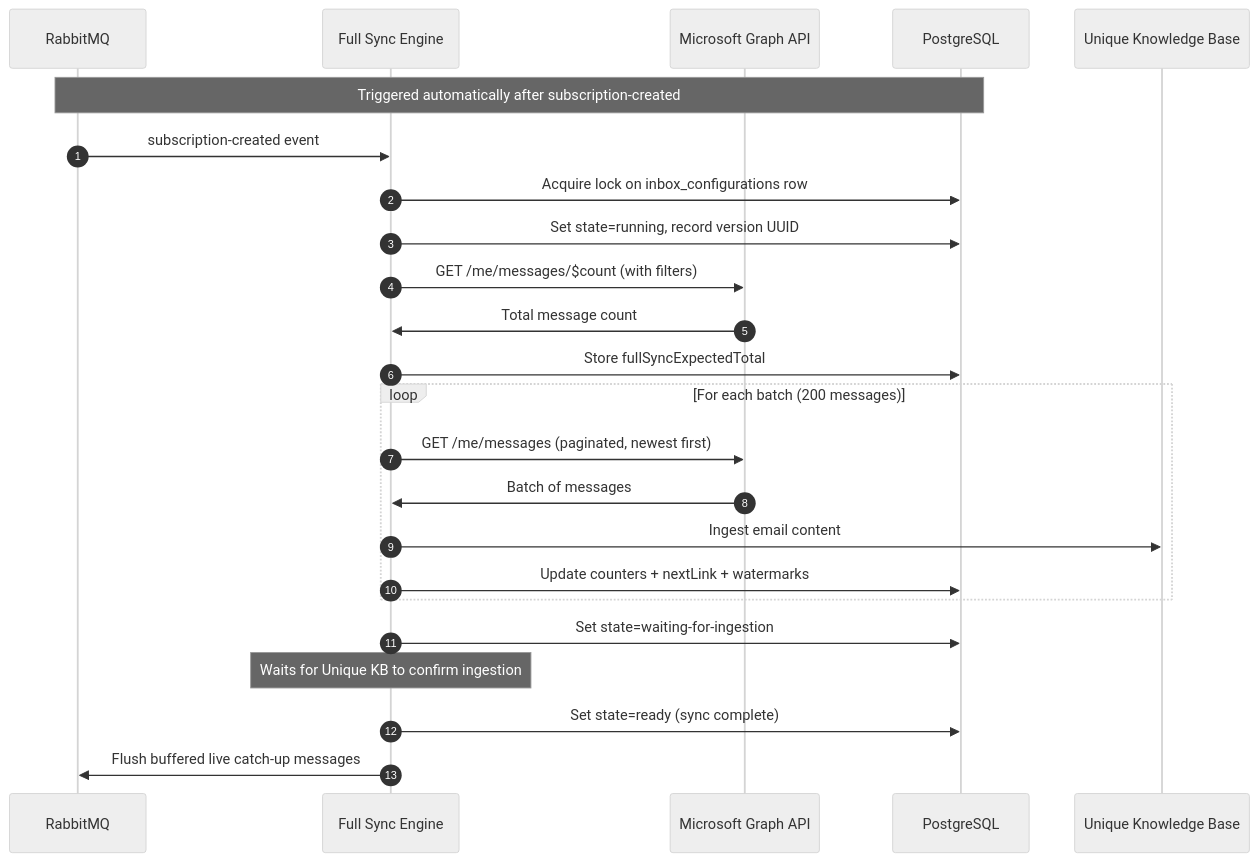
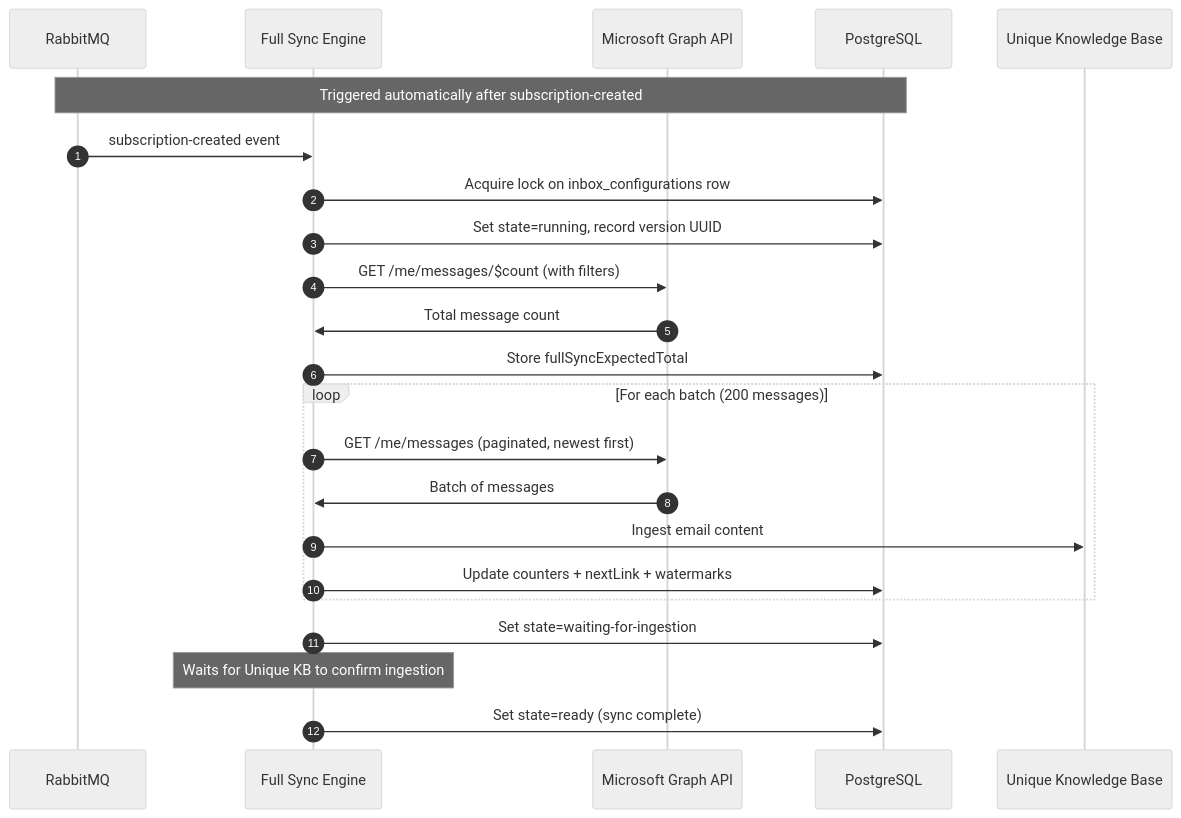
The fifth of 7 diagrams in services/outlook-semantic-mcp/docs/technical/flows.md (Unique-AG/connectors), drawn with Mermaid before and after one commit. The commit also changed 8 other files, not shown here.

````diff
--- a/services/outlook-semantic-mcp/docs/technical/flows.md
+++ b/services/outlook-semantic-mcp/docs/technical/flows.md
@@ -175,30 +175,29 @@
 ```mermaid
 %%{init: {'theme': 'neutral', 'themeVariables': { 'fontSize': '14px' }}}%%
 sequenceDiagram
     autonumber
     participant AMQP as RabbitMQ
     participant FullSync as Full Sync Engine
     participant MSGraph as Microsoft Graph API
     participant DB as PostgreSQL
     participant UniqueKB as Unique Knowledge Base
 
     Note over AMQP,DB: Triggered automatically after subscription-created
     AMQP->>FullSync: subscription-created event
     FullSync->>DB: Acquire lock on inbox_configurations row
     FullSync->>DB: Set state=running, record version UUID
     FullSync->>MSGraph: GET /me/messages/$count (with filters)
     MSGraph->>FullSync: Total message count
     FullSync->>DB: Store fullSyncExpectedTotal
 
     loop For each batch (200 messages)
         FullSync->>MSGraph: GET /me/messages (paginated, newest first)
         MSGraph->>FullSync: Batch of messages
         FullSync->>UniqueKB: Ingest email content
         FullSync->>DB: Update counters + nextLink + watermarks
     end
 
     FullSync->>DB: Set state=waiting-for-ingestion
     Note over FullSync: Waits for Unique KB to confirm ingestion
     FullSync->>DB: Set state=ready (sync complete)
-    FullSync->>AMQP: Flush buffered live catch-up messages
 ```
````
